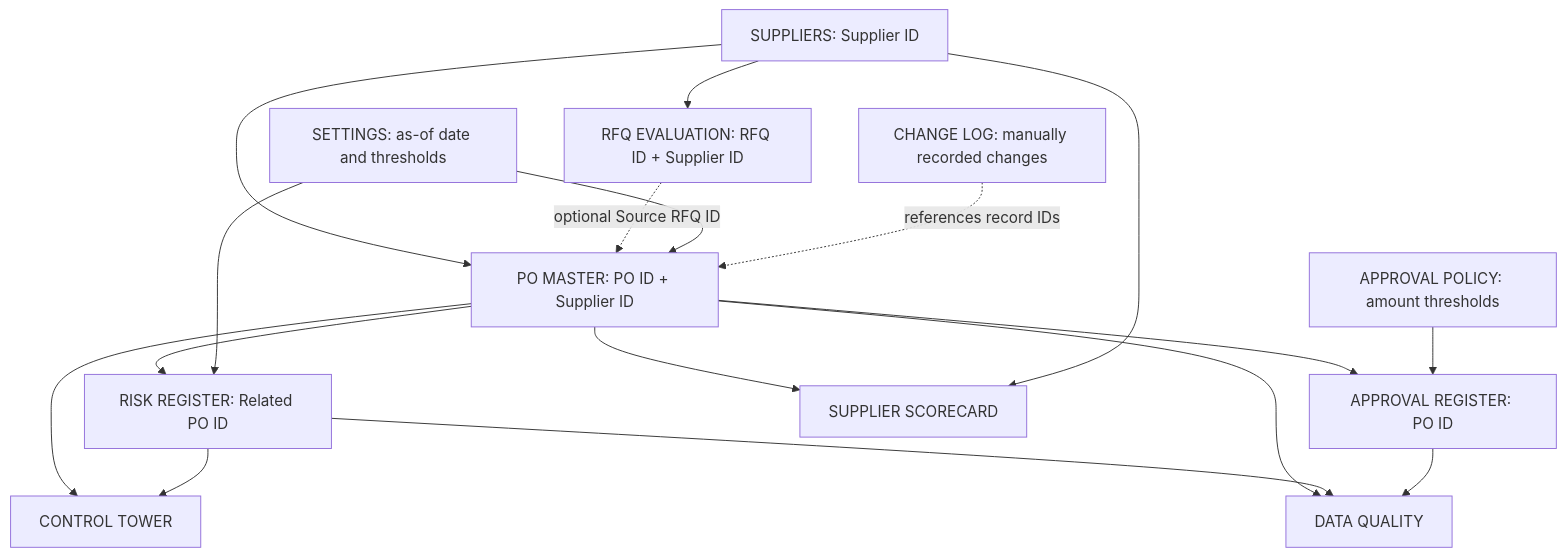
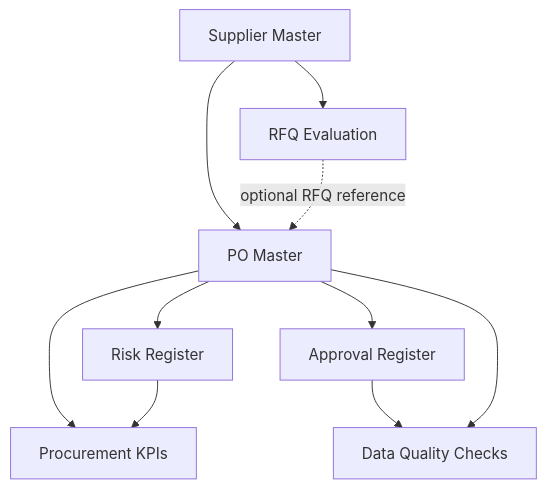
One commit to mangelicaCav-star/procurement-operations-framework changed the diagram in README.md. Above: the diagram before and after it, drawn with Mermaid. The commit also changed other lines of this file, not shown here.

````diff
--- a/README.md
+++ b/README.md
@@ -38,19 +50,12 @@
 ```mermaid
 flowchart TD
-  S[SUPPLIERS: Supplier ID] --> R[RFQ EVALUATION: RFQ ID + Supplier ID]
-  S --> P[PO MASTER: PO ID + Supplier ID]
-  R -. optional Source RFQ ID .-> P
-  P --> K[RISK REGISTER: Related PO ID]
-  P --> A[APPROVAL REGISTER: PO ID]
-  L[APPROVAL POLICY: amount thresholds] --> A
-  C[SETTINGS: as-of date and thresholds] --> P
-  C --> K
-  P --> D[CONTROL TOWER]
+  S[Supplier Master] --> R[RFQ Evaluation]
+  S --> P[PO Master]
+  R -. optional RFQ reference .-> P
+  P --> K[Risk Register]
+  P --> A[Approval Register]
+  P --> D[Procurement KPIs]
   K --> D
-  P --> SC[SUPPLIER SCORECARD]
-  S --> SC
-  P --> Q[DATA QUALITY]
-  K --> Q
-  A --> Q
-  CL[CHANGE LOG: manually recorded changes] -. references record IDs .-> P
+  A --> Q[Data Quality Checks]
+  P --> Q
 ```
````
